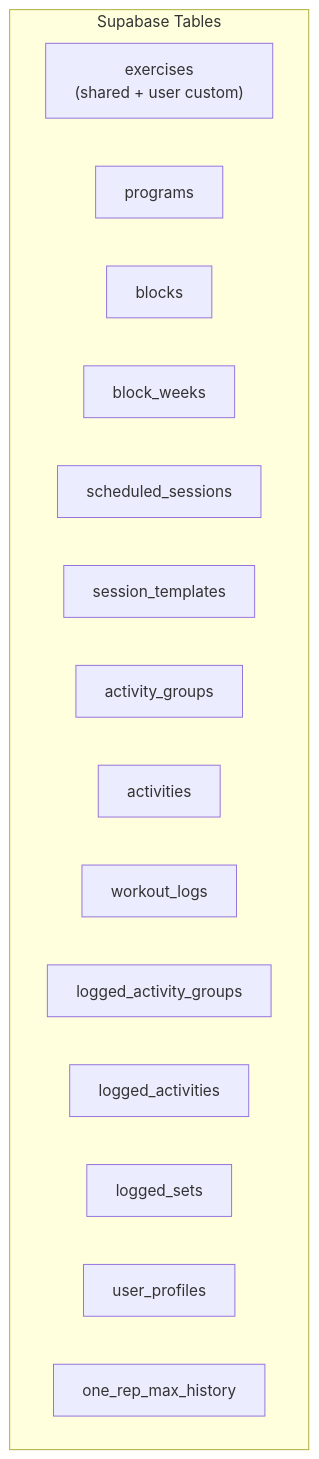
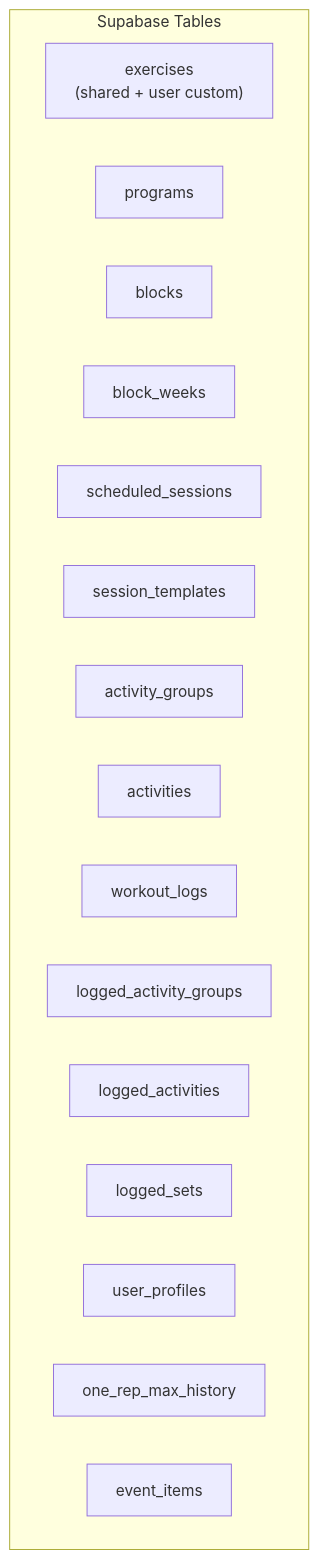
The sixth of 7 diagrams in docs/08-erd.md (rghsoftware/ardent-forge), drawn with Mermaid before and after one commit. The commit also changed other lines of this file and 14 other files, not shown here.

````diff
--- a/docs/08-erd.md
+++ b/docs/08-erd.md
@@ -486,19 +593,20 @@
 ```mermaid
 flowchart TB
     subgraph Supabase["Supabase Tables"]
         Exercises["exercises<br/>(shared + user custom)"]
         Programs["programs"]
         Blocks["blocks"]
         BlockWeeks["block_weeks"]
         ScheduledSessions["scheduled_sessions"]
         SessionTemplates["session_templates"]
         ActivityGroups["activity_groups"]
         Activities["activities"]
         WorkoutLogs["workout_logs"]
         LoggedActivityGroups["logged_activity_groups"]
         LoggedActivities["logged_activities"]
         LoggedSets["logged_sets"]
         UserProfiles["user_profiles"]
         OneRepMaxHistory["one_rep_max_history"]
+        EventItems["event_items"]
     end
 ```
````
